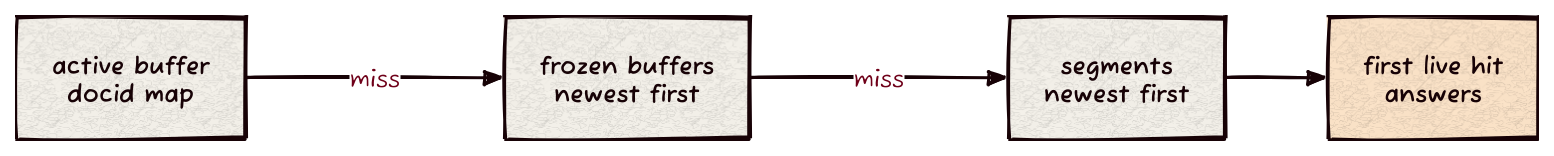
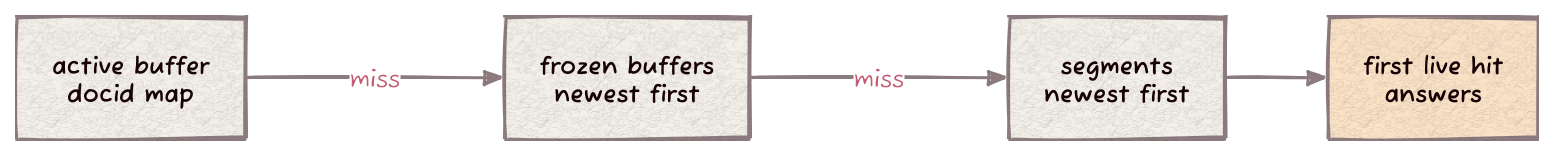
The diagram in docs/mechanisms/single-document-write.d2 (Kronuz/strata), drawn with D2 before and after one commit. The commit also changed 1 other file, not shown here.

Commit message:
Render the diagrams for light and dark pages
A transparent background with mid-tone lines and edge labels, so each
image reads on GitHub's light and dark themes.

[skip ci]

```diff
--- a/docs/mechanisms/single-document-write.d2
+++ b/docs/mechanisms/single-document-write.d2
@@ -1,10 +1,12 @@
-vars: { d2-config: { layout-engine: elk; theme-id: 302; sketch: true; pad: 24 } }
+vars: { d2-config: { layout-engine: elk; theme-id: 302; sketch: true; pad: 24; theme-overrides: { B1: "#8C7B7E"; B2: "#C25B73"; N2: "#C25B73" } } }
+style.fill: transparent
+
 direction: right
 
 a: "active buffer\ndocid map" { style.fill: "#F4F1EA" }
 f: "frozen buffers\nnewest first" { style.fill: "#F4F1EA" }
 s: "segments\nnewest first" { style.fill: "#F4F1EA" }
 v: "first live hit\nanswers" { style.fill: "#FBE3C8" }
 a -> f: "miss"
 f -> s: "miss"
 s -> v
```
